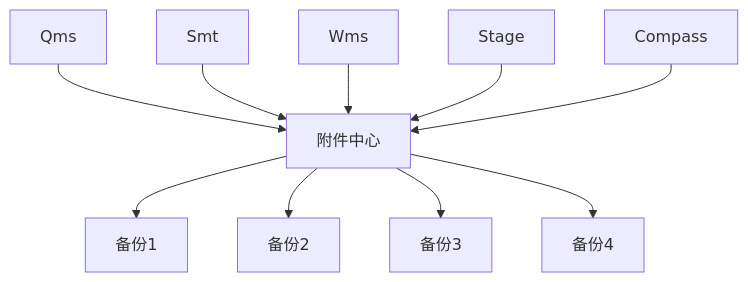
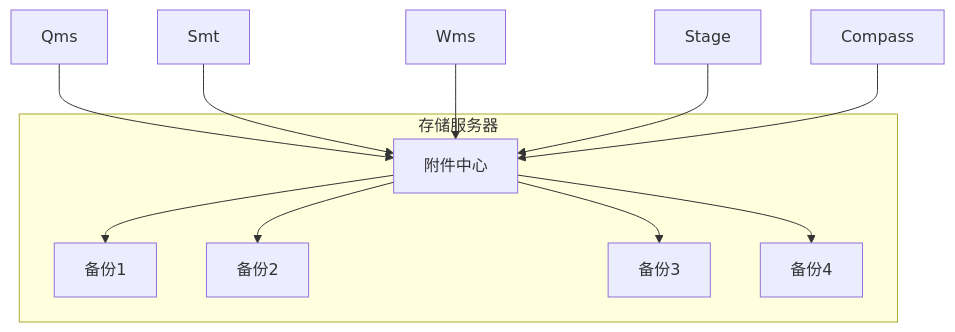
The fifth of 6 diagrams in slidev/slides.md (JKevin-5/VuePracticeMirror), drawn with Mermaid before and after one commit. The commit also changed other lines of this file and 4 other files, not shown here.

````diff
--- a/slidev/slides.md
+++ b/slidev/slides.md
@@ -453,12 +551,20 @@
 ```mermaid
 graph TD;
+    subgraph 存储服务器
+    附件中心
+    备份1
+    备份2
+    备份3
+    备份4
+    end
+
     Qms-->附件中心;
     Smt-->附件中心;
     Wms-->附件中心;
     Stage-->附件中心;
     Compass-->附件中心;
     附件中心-->备份1;
     附件中心-->备份2;
     附件中心-->备份3;
     附件中心-->备份4;
 ```
````
